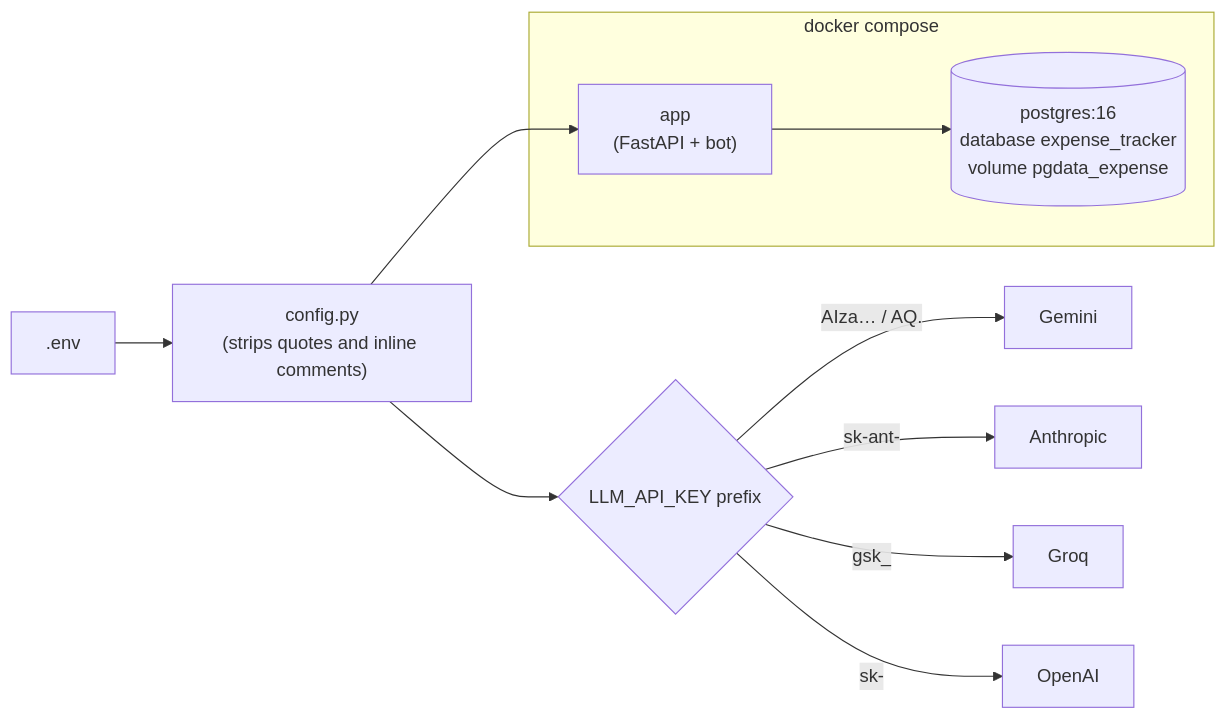
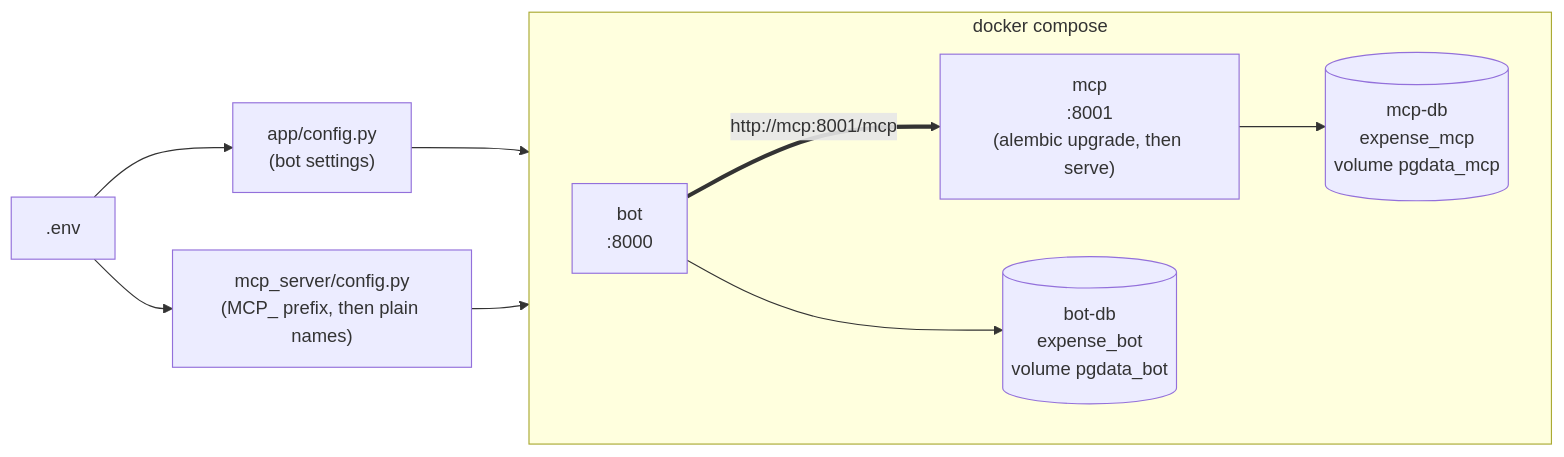
Before and after one commit to yeturu-surya-fission/Expense_Tracker: the seventh of 7 diagrams in docs/ARCHITECTURE.md, drawn with Mermaid. The commit also changed other lines of this file and 132 other files, not shown here.

````diff
--- a/docs/ARCHITECTURE.md
+++ b/docs/ARCHITECTURE.md
@@ -220,14 +314,14 @@
 ```mermaid
 flowchart LR
-    ENV[".env"] --> CFG["config.py<br/>(strips quotes and inline comments)"]
-    CFG --> KEY{"LLM_API_KEY prefix"}
-    KEY -->|"AIza… / AQ."| G["Gemini"]
-    KEY -->|"sk-ant-"| AN["Anthropic"]
-    KEY -->|"gsk_"| GR["Groq"]
-    KEY -->|"sk-"| O["OpenAI"]
+    ENV[".env"] --> BC["app/config.py<br/>(bot settings)"]
+    ENV --> MC["mcp_server/config.py<br/>(MCP_ prefix, then plain names)"]
 
     subgraph DC["docker compose"]
-        W["app<br/>(FastAPI + bot)"] --> PG[("postgres:16<br/>database expense_tracker<br/>volume pgdata_expense")]
+        direction LR
+        BOT["bot<br/>:8000"] ==>|"http://mcp:8001/mcp"| MCP["mcp<br/>:8001<br/>(alembic upgrade, then serve)"]
+        MCP --> PG1[("mcp-db<br/>expense_mcp<br/>volume pgdata_mcp")]
+        BOT --> PG2[("bot-db<br/>expense_bot<br/>volume pgdata_bot")]
     end
-    CFG --> W
+    BC --> BOT
+    MC --> MCP
 ```
````
